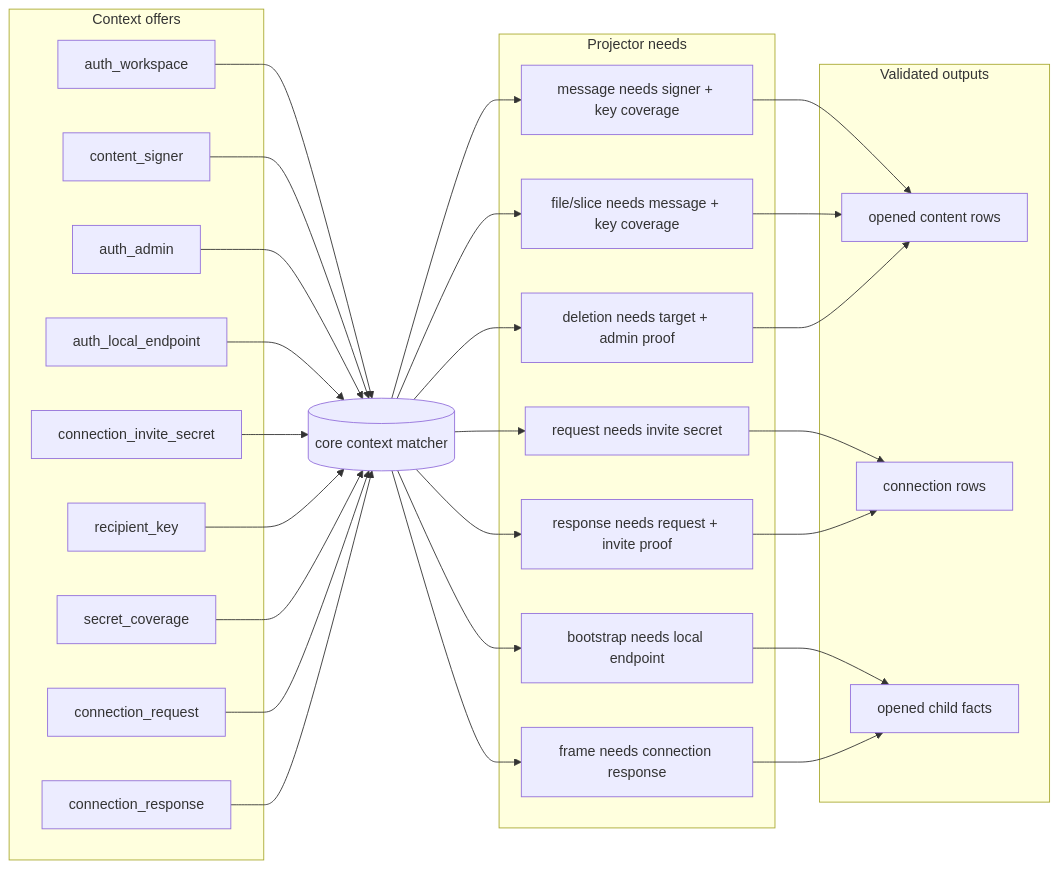
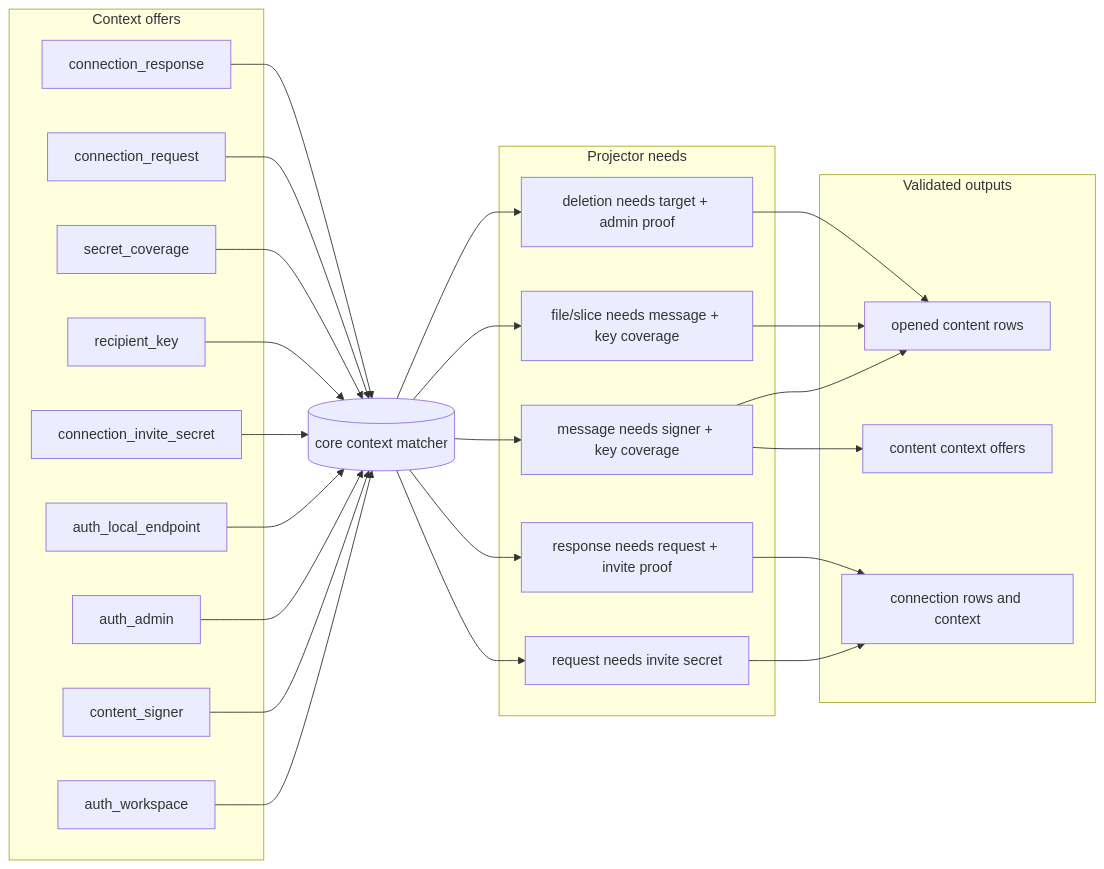
Before and after one commit to holmesworcester/poc-10: the third of 8 diagrams in ARCHITECTURE_DIAGRAMS.md, drawn with Mermaid. The commit also changed other lines of this file and 1 other file, not shown here.

Commit message:
Clarify context diagram outputs

````diff
--- a/ARCHITECTURE_DIAGRAMS.md
+++ b/ARCHITECTURE_DIAGRAMS.md
@@ -103,58 +105,53 @@
 ```mermaid
 flowchart LR
     subgraph OFFERS["Context offers"]
       AUTH_WS["auth_workspace"]
       AUTH_SIGNER["content_signer"]
       AUTH_ADMIN["auth_admin"]
       AUTH_ENDPOINT["auth_local_endpoint"]
       INVITE_SECRET["connection_invite_secret"]
       RECIPIENT["recipient_key"]
       COVERAGE["secret_coverage"]
       CONN_REQUEST["connection_request"]
       CONN_RESPONSE["connection_response"]
     end
 
     CONTEXT[("core context matcher")]
 
     subgraph NEEDS["Projector needs"]
       MSG_NEEDS["message needs signer + key coverage"]
       FILE_NEEDS["file/slice needs message + key coverage"]
       DELETE_NEEDS["deletion needs target + admin proof"]
-      BOOT_NEEDS["bootstrap needs local endpoint"]
       REQUEST_NEEDS["request needs invite secret"]
       RESPONSE_NEEDS["response needs request + invite proof"]
-      FRAME_NEEDS["frame needs connection response"]
     end
 
     subgraph OUTPUTS["Validated outputs"]
       OPENED["opened content rows"]
-      CONNECTION_ROWS["connection rows"]
-      CHILD_FACTS["opened child facts"]
+      CONTENT_CONTEXT["content context offers"]
+      CONNECTION_ROWS["connection rows and context"]
     end
 
     AUTH_WS --> CONTEXT
     AUTH_SIGNER --> CONTEXT
     AUTH_ADMIN --> CONTEXT
     AUTH_ENDPOINT --> CONTEXT
     INVITE_SECRET --> CONTEXT
     RECIPIENT --> CONTEXT
     COVERAGE --> CONTEXT
     CONN_REQUEST --> CONTEXT
     CONN_RESPONSE --> CONTEXT
 
     CONTEXT --> MSG_NEEDS
     CONTEXT --> FILE_NEEDS
     CONTEXT --> DELETE_NEEDS
-    CONTEXT --> BOOT_NEEDS
     CONTEXT --> REQUEST_NEEDS
     CONTEXT --> RESPONSE_NEEDS
-    CONTEXT --> FRAME_NEEDS
 
     MSG_NEEDS --> OPENED
+    MSG_NEEDS --> CONTENT_CONTEXT
     FILE_NEEDS --> OPENED
     DELETE_NEEDS --> OPENED
-    BOOT_NEEDS --> CHILD_FACTS
     REQUEST_NEEDS --> CONNECTION_ROWS
     RESPONSE_NEEDS --> CONNECTION_ROWS
-    FRAME_NEEDS --> CHILD_FACTS
 ```
````
